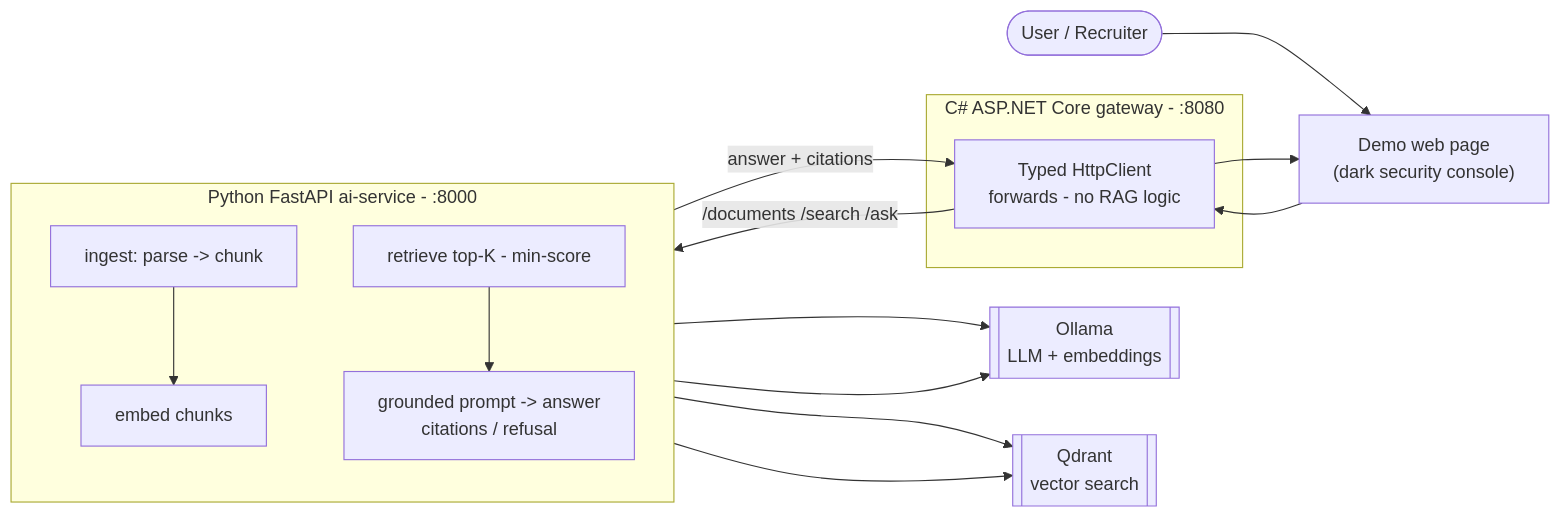
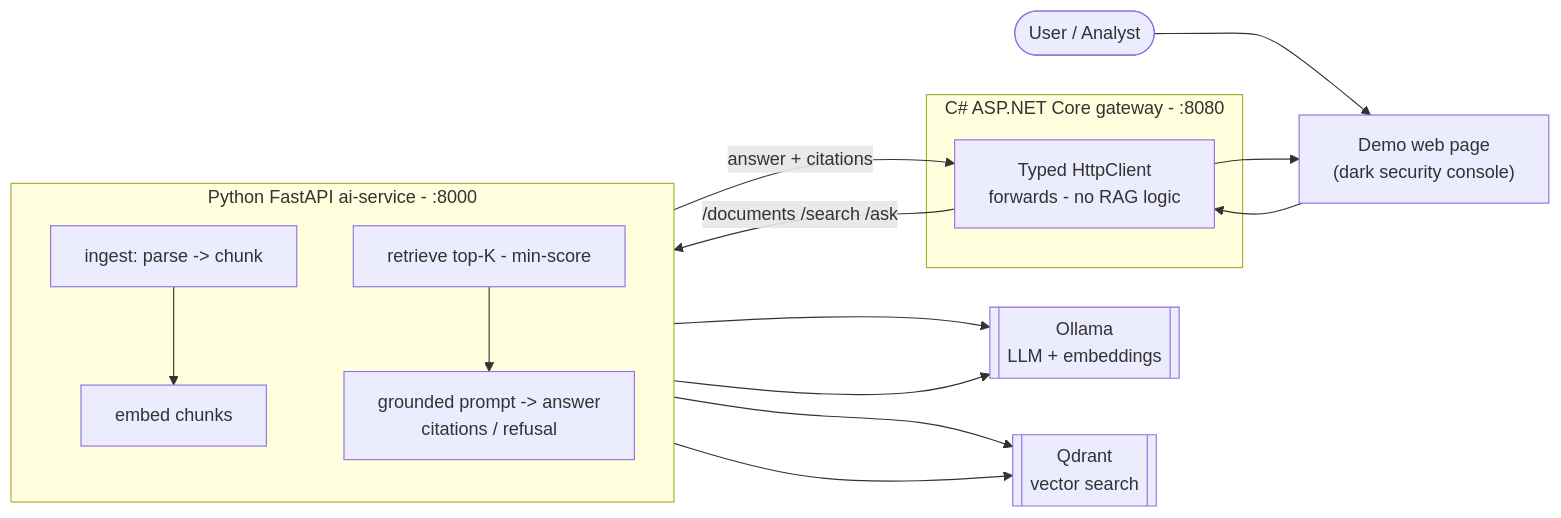
The diagram in README.md (akupiectdc/sentinelbrief), drawn with Mermaid before and after one commit. The commit also changed 2 other files, not shown here.

Commit message:
Tidy wording across the docs

````diff
--- a/README.md
+++ b/README.md
@@ -18,25 +18,25 @@
 ```mermaid
 flowchart LR
-    User([User / Recruiter])
+    User([User / Analyst])
     UI["Demo web page<br/>(dark security console)"]
     subgraph Gateway["C# ASP.NET Core gateway - :8080"]
         GW["Typed HttpClient<br/>forwards - no RAG logic"]
     end
     subgraph Core["Python FastAPI ai-service - :8000"]
         direction TB
         ING["ingest: parse -> chunk"]
         EMB["embed chunks"]
         RET["retrieve top-K - min-score"]
         ANS["grounded prompt -> answer<br/>citations / refusal"]
     end
     OLL[["Ollama<br/>LLM + embeddings"]]
     QDR[["Qdrant<br/>vector search"]]
 
     User --> UI --> GW
     GW -->|/documents /search /ask| ING
     ING --> EMB --> QDR
     RET --> QDR
     EMB & ANS --> OLL
     RET --> ANS
     ANS -->|answer + citations| GW --> UI
 ```
````
